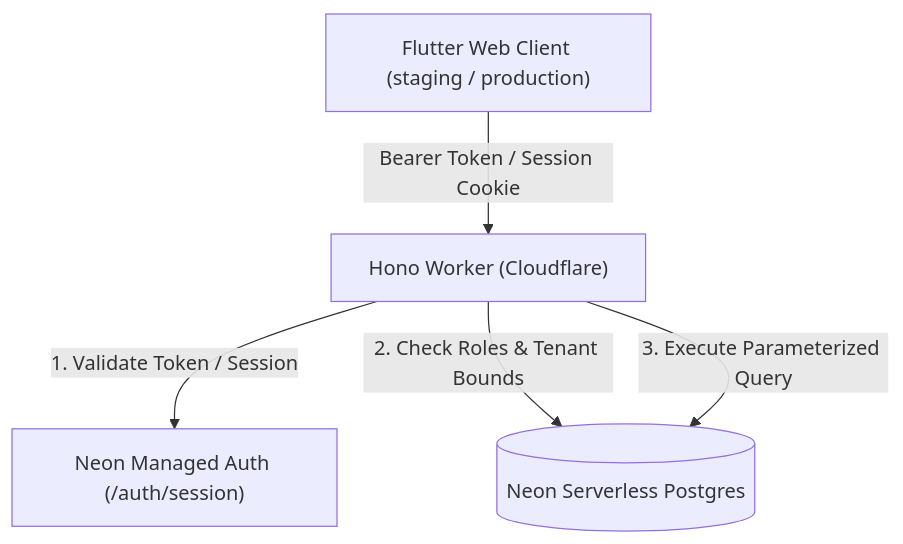
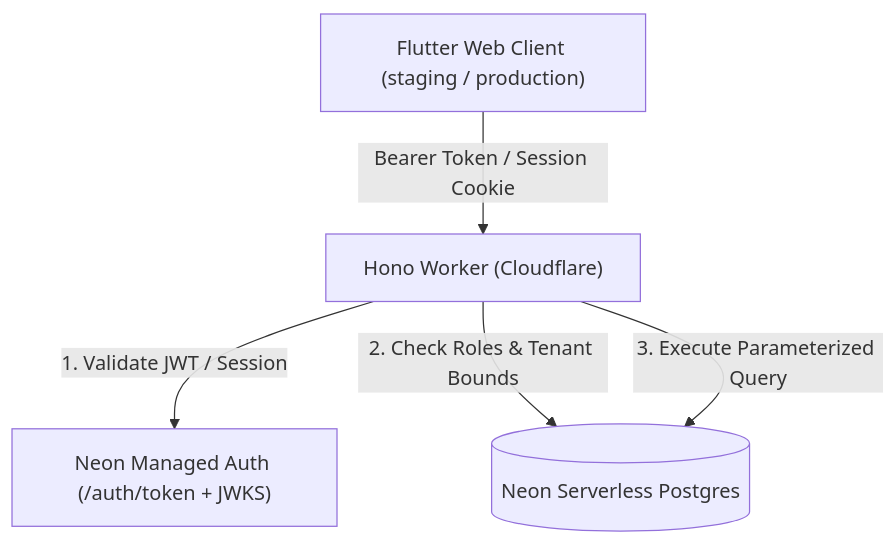
The diagram in PROJECT_OVERVIEW.md (Techteam-zephvion/School-management-app), drawn with Mermaid before and after one commit. The commit also changed other lines of this file and 9 other files, not shown here.

Commit message:
Complete staging deployment with Neon Auth JWT verification

````diff
--- a/PROJECT_OVERVIEW.md
+++ b/PROJECT_OVERVIEW.md
@@ -37,7 +37,7 @@
 ```mermaid
 graph TD
     Client["Flutter Web Client (staging / production)"] -->|"Bearer Token / Session Cookie"| API["Hono Worker (Cloudflare)"]
-    API -->|"1. Validate Token / Session"| NeonAuth["Neon Managed Auth (/auth/session)"]
+    API -->|"1. Validate JWT / Session"| NeonAuth["Neon Managed Auth (/auth/token + JWKS)"]
     API -->|"2. Check Roles & Tenant Bounds"| DB[("Neon Serverless Postgres")]
     API -->|"3. Execute Parameterized Query"| DB
 ```
````
